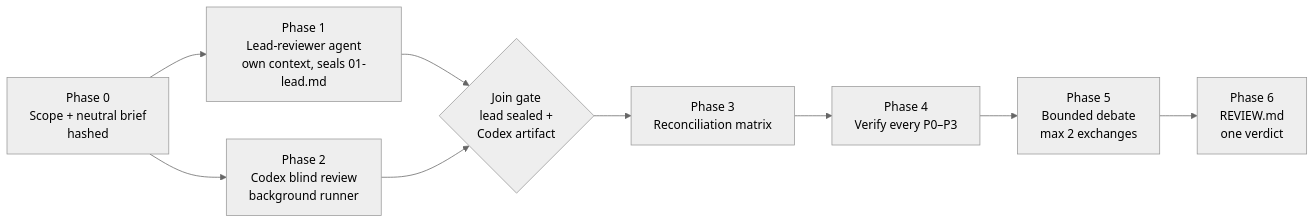
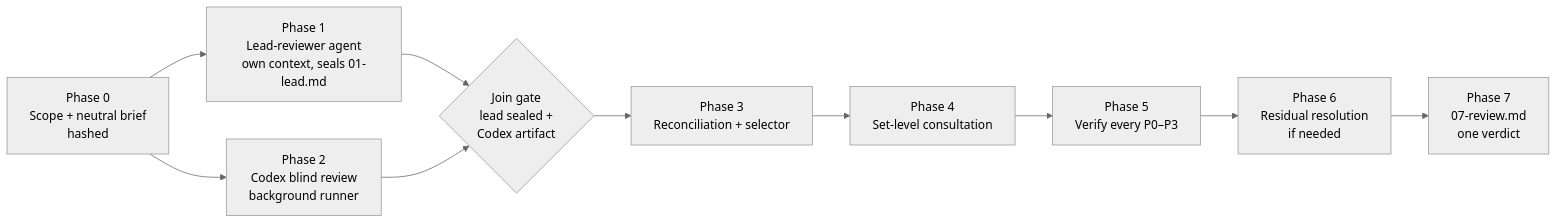
One commit to hishamkaram/claude-codex-duo changed the first of 3 diagrams in README.md. Above: the diagram before and after it, drawn with Mermaid (neutral theme). The commit also changed other lines of this file and 33 other files, not shown here.

First line of the commit message:
feat(codex-pr-review): 3.0.0 — set-level consultation before verification, accept ledger, claim-as-launch-record (#3)

````diff
--- a/README.md
+++ b/README.md
@@ -130,11 +130,12 @@
 ```mermaid
 flowchart LR
     A[Phase 0<br/>Scope + neutral brief<br/>hashed] --> B[Phase 1<br/>Lead-reviewer agent<br/>own context, seals 01-lead.md]
     A --> C[Phase 2<br/>Codex blind review<br/>background runner]
     B --> J{Join gate<br/>lead sealed +<br/>Codex artifact}
     C --> J
-    J --> D[Phase 3<br/>Reconciliation matrix]
-    D --> E[Phase 4<br/>Verify every P0–P3]
-    E --> F[Phase 5<br/>Bounded debate<br/>max 2 exchanges]
-    F --> G[Phase 6<br/>REVIEW.md<br/>one verdict]
+    J --> D[Phase 3<br/>Reconciliation + selector]
+    D --> E[Phase 4<br/>Set-level consultation]
+    E --> F[Phase 5<br/>Verify every P0–P3]
+    F --> H[Phase 6<br/>Residual resolution<br/>if needed]
+    H --> G[Phase 7<br/>07-review.md<br/>one verdict]
 ```
````
